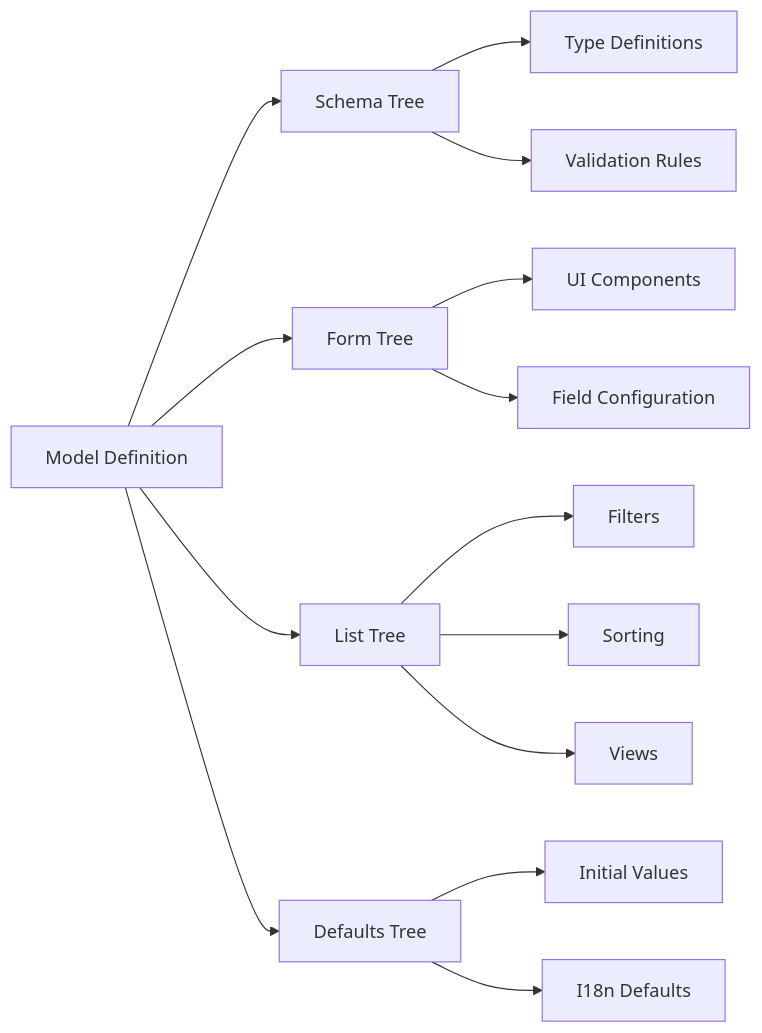
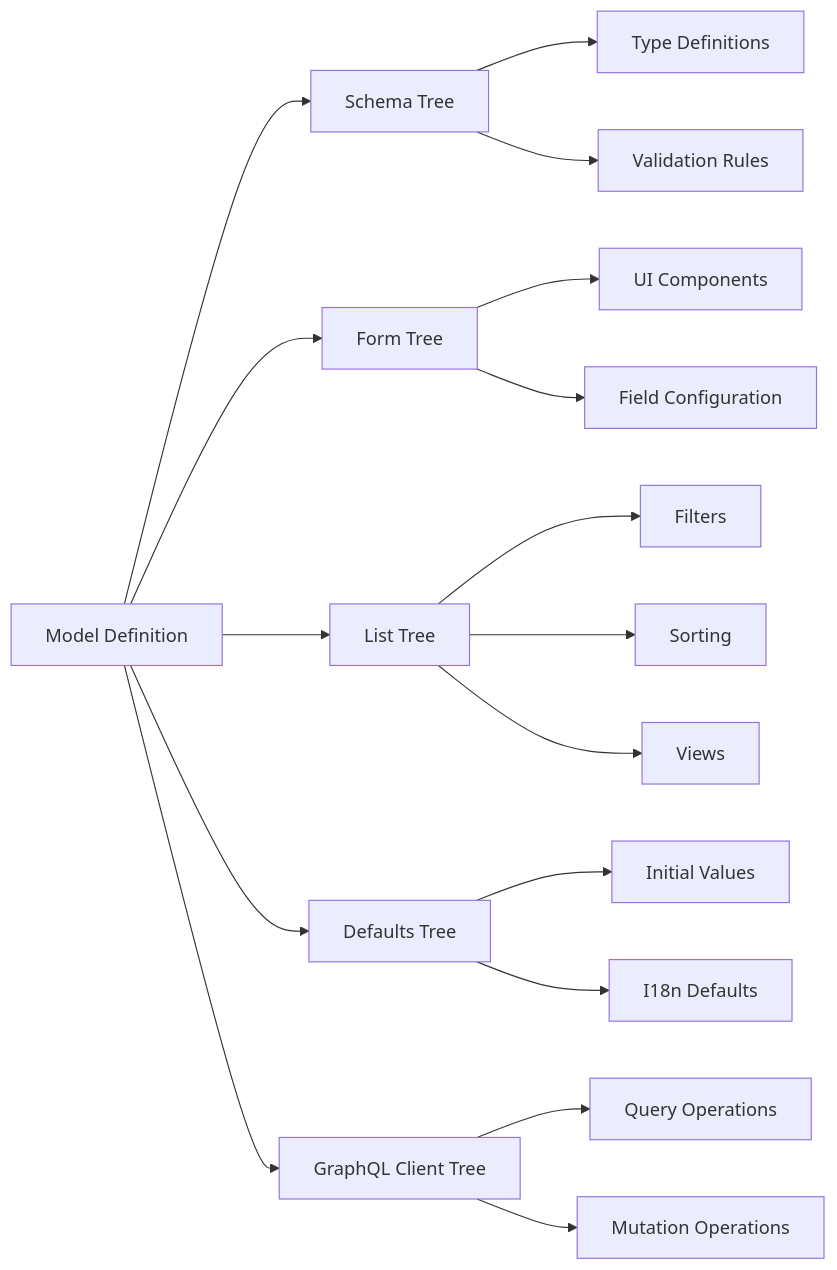
The second of 6 diagrams in DOCUMENTATION.md (IEA-Paris/trees), drawn with Mermaid before and after one commit. The commit also changed other lines of this file and 3 other files, not shown here.

````diff
--- a/DOCUMENTATION.md
+++ b/DOCUMENTATION.md
@@ -49,20 +55,24 @@
 ```mermaid
 graph LR
     A[Model Definition] --> B[Schema Tree]
     A --> C[Form Tree]
     A --> D[List Tree]
     A --> E[Defaults Tree]
+    A --> F[GraphQL Client Tree]
     
     B --> B1[Type Definitions]
     B --> B2[Validation Rules]
     
     C --> C1[UI Components]
     C --> C2[Field Configuration]
     
     D --> D1[Filters]
     D --> D2[Sorting]
     D --> D3[Views]
     
     E --> E1[Initial Values]
     E --> E2[I18n Defaults]
+    
+    F --> F1[Query Operations]
+    F --> F2[Mutation Operations]
 ```
````
